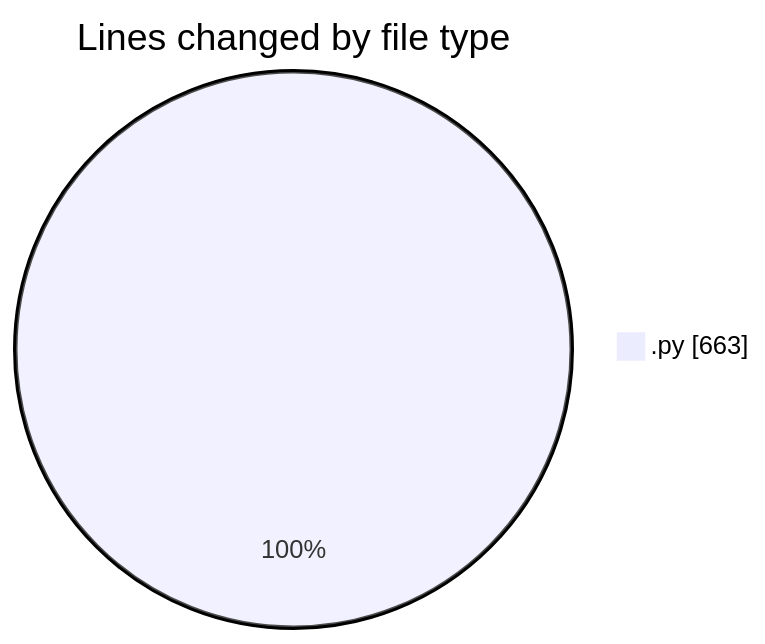
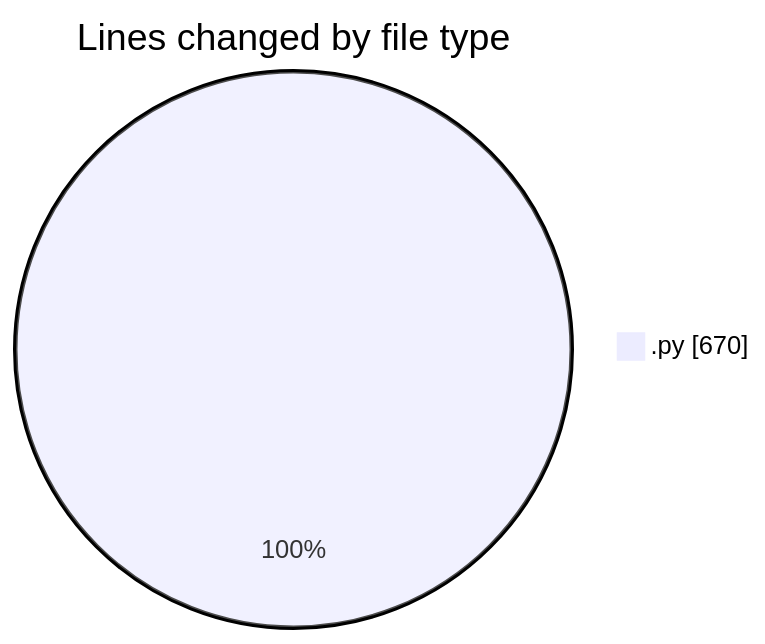
Before and after one commit to julien-gomy/code-tracking: the first of 2 diagrams in 2025-11-19/eventscop-api-guide__workspace_/README.md, drawn with Mermaid. The commit also changed other lines of this file and 1 other file, not shown here.

````diff
--- a/2025-11-19/eventscop-api-guide__workspace_/README.md
+++ b/2025-11-19/eventscop-api-guide__workspace_/README.md
@@ -21,5 +21,5 @@
 ```mermaid
 pie showData
 title Lines changed by file type
-".py" : 663
+".py" : 670
 ```
````
